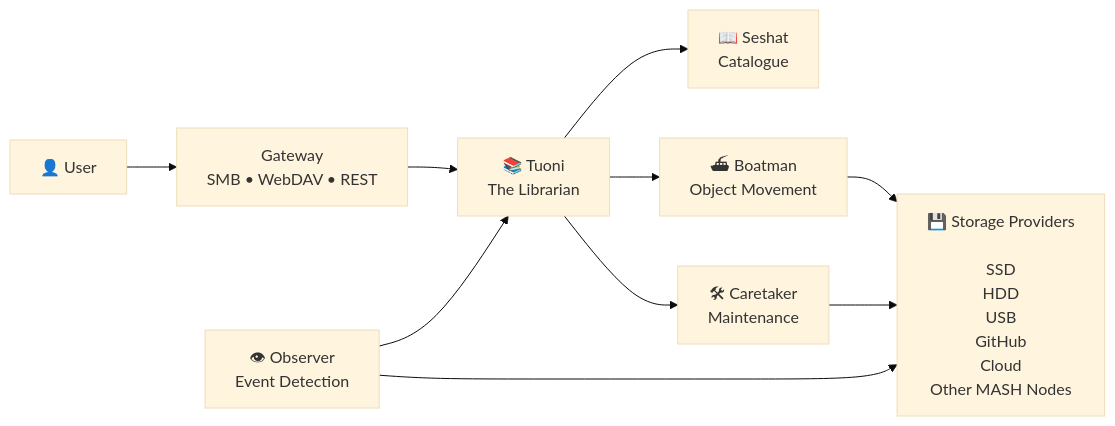
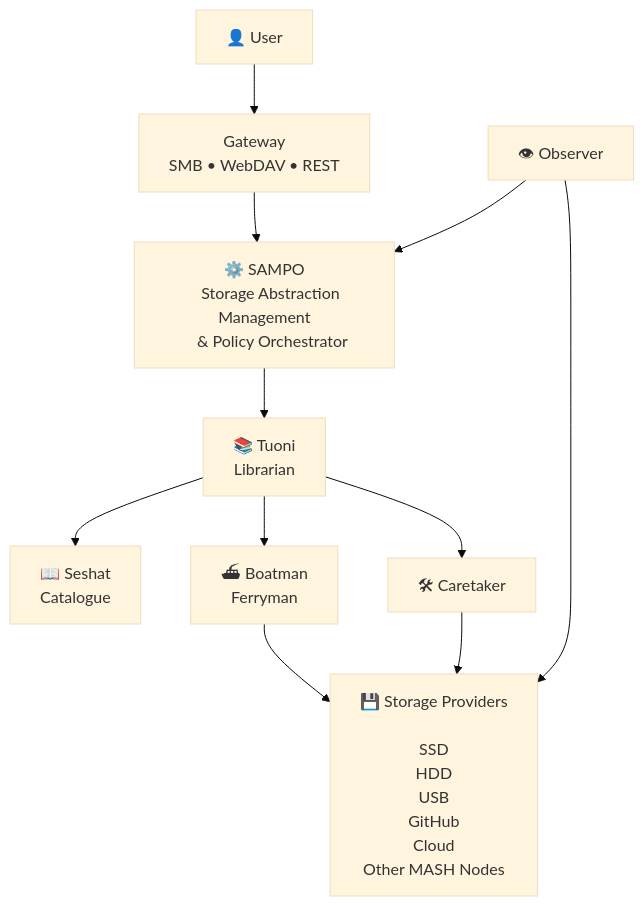
The diagram in README.md (R2Pitou/Mas-h), drawn with Mermaid (base theme) before and after one commit.

Commit message:
Update architecture diagram in README.md

````diff
--- a/README.md
+++ b/README.md
@@ -35,45 +35,50 @@
 ```mermaid
-flowchart LR
+flowchart TB
 
     User["👤 User"]
 
     Gateway["Gateway
     SMB • WebDAV • REST"]
 
+    SAMPO["⚙️ SAMPO
+    Storage Abstraction Management
+    & Policy Orchestrator"]
+
     Tuoni["📚 Tuoni
-    The Librarian"]
+    Librarian"]
 
     Seshat["📖 Seshat
     Catalogue"]
 
     Boatman["⛴ Boatman
-    Object Movement"]
+    Ferryman"]
 
-    Observer["👁 Observer
-    Event Detection"]
+    Observer["👁 Observer"]
 
-    Caretaker["🛠 Caretaker
-    Maintenance"]
+    Caretaker["🛠 Caretaker"]
 
     Storage["💾 Storage Providers
 
     SSD
     HDD
     USB
     GitHub
     Cloud
     Other MASH Nodes"]
 
     User --> Gateway
-    Gateway --> Tuoni
 
-    Observer --> Tuoni
+    Gateway --> SAMPO
+
+    Observer --> SAMPO
+
+    SAMPO --> Tuoni
 
     Tuoni --> Seshat
     Tuoni --> Boatman
     Tuoni --> Caretaker
 
     Boatman --> Storage
     Observer --> Storage
     Caretaker --> Storage
 ```
````
